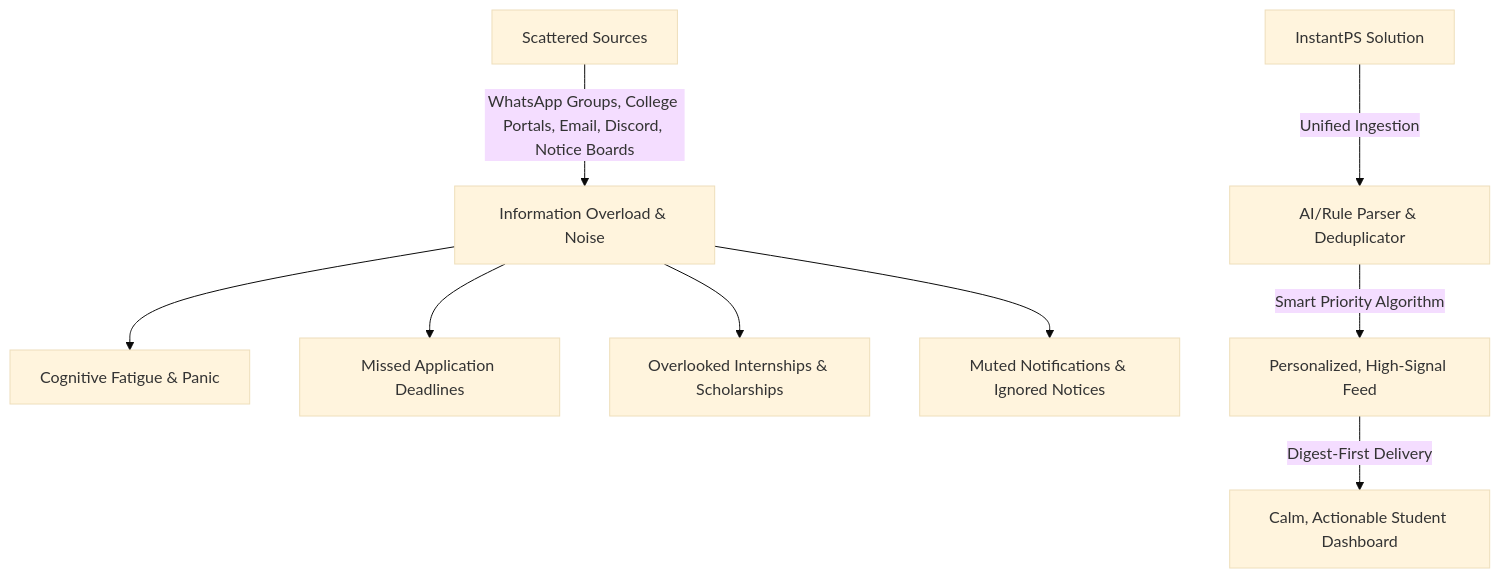
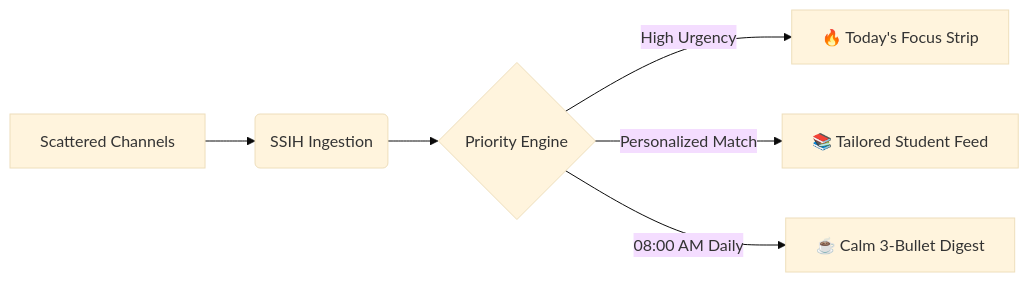
Before and after one commit to DevWithAshok/SSIH: the diagram in README.md, drawn with Mermaid (base theme). The commit also changed other lines of this file, not shown here.

````diff
--- a/README.md
+++ b/README.md
@@ -15,12 +37,8 @@
 ```mermaid
-graph TD
-    A[Scattered Sources] -->|WhatsApp Groups, College Portals, Email, Discord, Notice Boards| B[Information Overload & Noise]
-    B --> C[Cognitive Fatigue & Panic]
-    B --> D[Missed Application Deadlines]
-    B --> E[Overlooked Internships & Scholarships]
-    B --> F[Muted Notifications & Ignored Notices]
-    
-    G[InstantPS Solution] -->|Unified Ingestion| H[AI/Rule Parser & Deduplicator]
-    H -->|Smart Priority Algorithm| I[Personalized, High-Signal Feed]
-    I -->|Digest-First Delivery| J[Calm, Actionable Student Dashboard]
+graph LR
+    A[Scattered Channels] --> B(SSIH Ingestion)
+    B --> C{Priority Engine}
+    C -->|High Urgency| D[🔥 Today's Focus Strip]
+    C -->|Personalized Match| E[📚 Tailored Student Feed]
+    C -->|08:00 AM Daily| F[☕ Calm 3-Bullet Digest]
 ```
````
